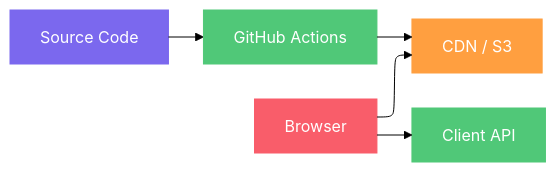
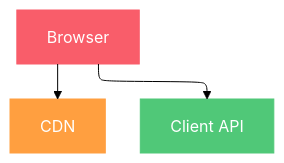
The diagram in diagrams/component-client-web.mmd (disusered/docs-test), drawn with Mermaid (forest theme) before and after one commit. The commit also changed 9 other files, not shown here.

First line of the commit message:
feat(diagrams): Replace CI/CD with architecture diagrams

```diff
--- a/diagrams/component-client-web.mmd
+++ b/diagrams/component-client-web.mmd
@@ -1,25 +1,17 @@
 %%{init: {"flowchart": {"defaultRenderer": "elk"}} }%%
-graph LR
-    source[Source Code]
-    github[GitHub Actions]
-    cdn[CDN / S3]
+graph TB
+    browser[Browser]
+    cdn[CDN]
     client_api[Client API]
-    browser[Browser]
 
-    source --> github
-    github --> cdn
     browser --> cdn
     browser --> client_api
 
     %% Node styles
-    classDef devStyle fill:#7B68EE,stroke:#7B68EE,color:#fff
-    classDef cicdStyle fill:#50C878,stroke:#50C878,color:#fff
+    classDef clientStyle fill:#f95d6a,stroke:#f95d6a,color:#fff
     classDef hostingStyle fill:#FF9F40,stroke:#FF9F40,color:#fff
-    classDef apiStyle fill:#50C878,stroke:#50C878,color:#fff
-    classDef clientStyle fill:#f95d6a,stroke:#f95d6a,color:#fff
+    classDef gatewayStyle fill:#50C878,stroke:#50C878,color:#fff
 
-    class source devStyle
-    class github cicdStyle
+    class browser clientStyle
     class cdn hostingStyle
-    class client_api apiStyle
-    class browser clientStyle
+    class client_api gatewayStyle
```
